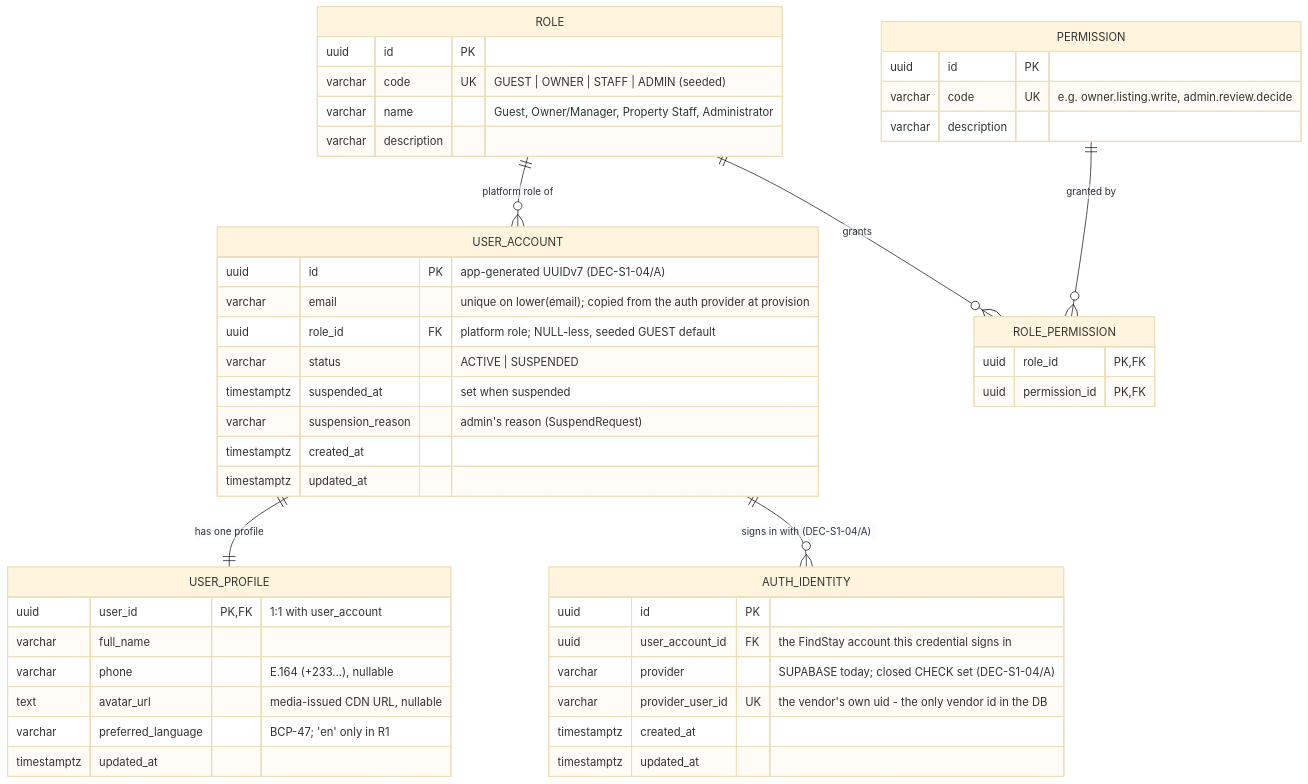
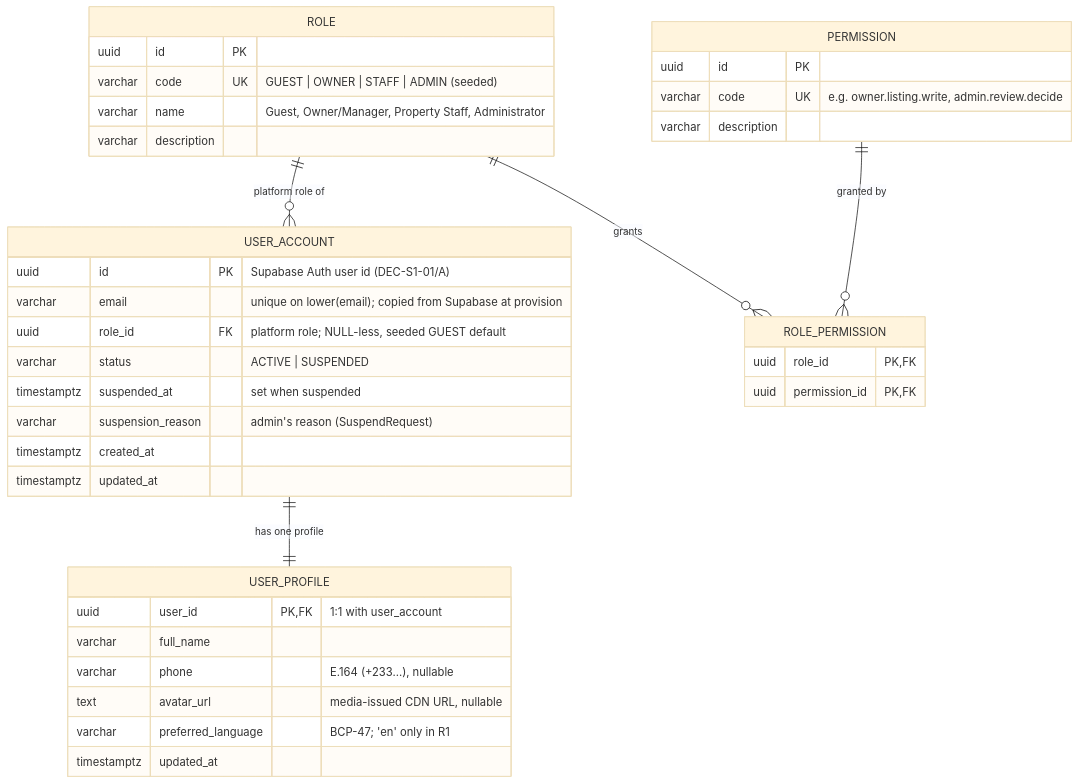
The second of 9 diagrams in docs/design/erd.md (ObboyeBossman/findstay), drawn with Mermaid (base theme) before and after one commit. The commit also changed other lines of this file and 3 other files, not shown here.

First line of the commit message:
feat(db): drop identity.auth_identity — the direct-integration revert (DEC-S1-04/B)

````diff
--- a/docs/design/erd.md
+++ b/docs/design/erd.md
@@ -92,49 +92,40 @@
 ```mermaid
 erDiagram
     USER_ACCOUNT {
-        uuid id PK "app-generated UUIDv7 (DEC-S1-04/A)"
-        varchar email "unique on lower(email); copied from the auth provider at provision"
+        uuid id PK "Supabase Auth user id (DEC-S1-01/A)"
+        varchar email "unique on lower(email); copied from Supabase at provision"
         uuid role_id FK "platform role; NULL-less, seeded GUEST default"
         varchar status "ACTIVE | SUSPENDED"
         timestamptz suspended_at "set when suspended"
         varchar suspension_reason "admin's reason (SuspendRequest)"
         timestamptz created_at
         timestamptz updated_at
     }
     USER_PROFILE {
         uuid user_id PK, FK "1:1 with user_account"
         varchar full_name
         varchar phone "E.164 (+233...), nullable"
         text avatar_url "media-issued CDN URL, nullable"
         varchar preferred_language "BCP-47; 'en' only in R1"
         timestamptz updated_at
     }
     ROLE {
         uuid id PK
         varchar code UK "GUEST | OWNER | STAFF | ADMIN (seeded)"
         varchar name "Guest, Owner/Manager, Property Staff, Administrator"
         varchar description
     }
     PERMISSION {
         uuid id PK
         varchar code UK "e.g. owner.listing.write, admin.review.decide"
         varchar description
     }
     ROLE_PERMISSION {
         uuid role_id PK, FK
         uuid permission_id PK, FK
     }
-    AUTH_IDENTITY {
-        uuid id PK
-        uuid user_account_id FK "the FindStay account this credential signs in"
-        varchar provider "SUPABASE today; closed CHECK set (DEC-S1-04/A)"
-        varchar provider_user_id UK "the vendor's own uid - the only vendor id in the DB"
-        timestamptz created_at
-        timestamptz updated_at
-    }
     USER_ACCOUNT ||--|| USER_PROFILE : "has one profile"
-    USER_ACCOUNT ||--o{ AUTH_IDENTITY : "signs in with (DEC-S1-04/A)"
     ROLE ||--o{ USER_ACCOUNT : "platform role of"
     ROLE ||--o{ ROLE_PERMISSION : "grants"
     PERMISSION ||--o{ ROLE_PERMISSION : "granted by"
 ```
````
